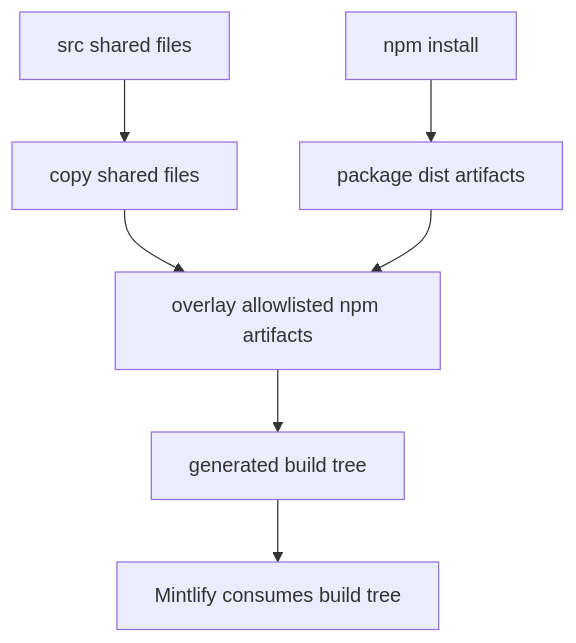
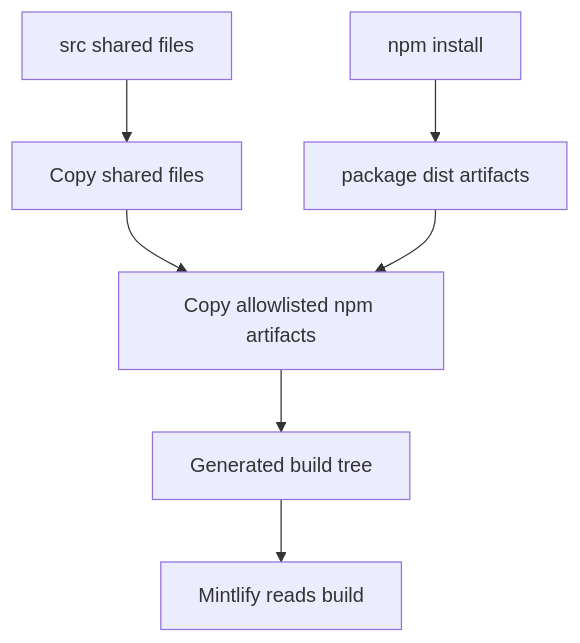
The diagram in openwiki/integrations/npm-snippets.md (langchain-ai/docs), drawn with Mermaid before and after one commit. The commit also changed other lines of this file and 41 other files, not shown here.

````diff
--- a/openwiki/integrations/npm-snippets.md
+++ b/openwiki/integrations/npm-snippets.md
@@ -85,9 +69,9 @@
 ```mermaid
 flowchart TD
     Install["npm install"] --> Dist["package dist artifacts"]
-    Source["src shared files"] --> Shared["copy shared files"]
-    Shared --> Overlay["overlay allowlisted npm artifacts"]
+    Source["src shared files"] --> Shared["Copy shared files"]
+    Shared --> Overlay["Copy allowlisted npm artifacts"]
     Dist --> Overlay
-    Overlay --> Build["generated build tree"]
-    Build --> Mintlify["Mintlify consumes build tree"]
+    Overlay --> Output["Generated build tree"]
+    Output --> Mint["Mintlify reads build"]
 ```
````
